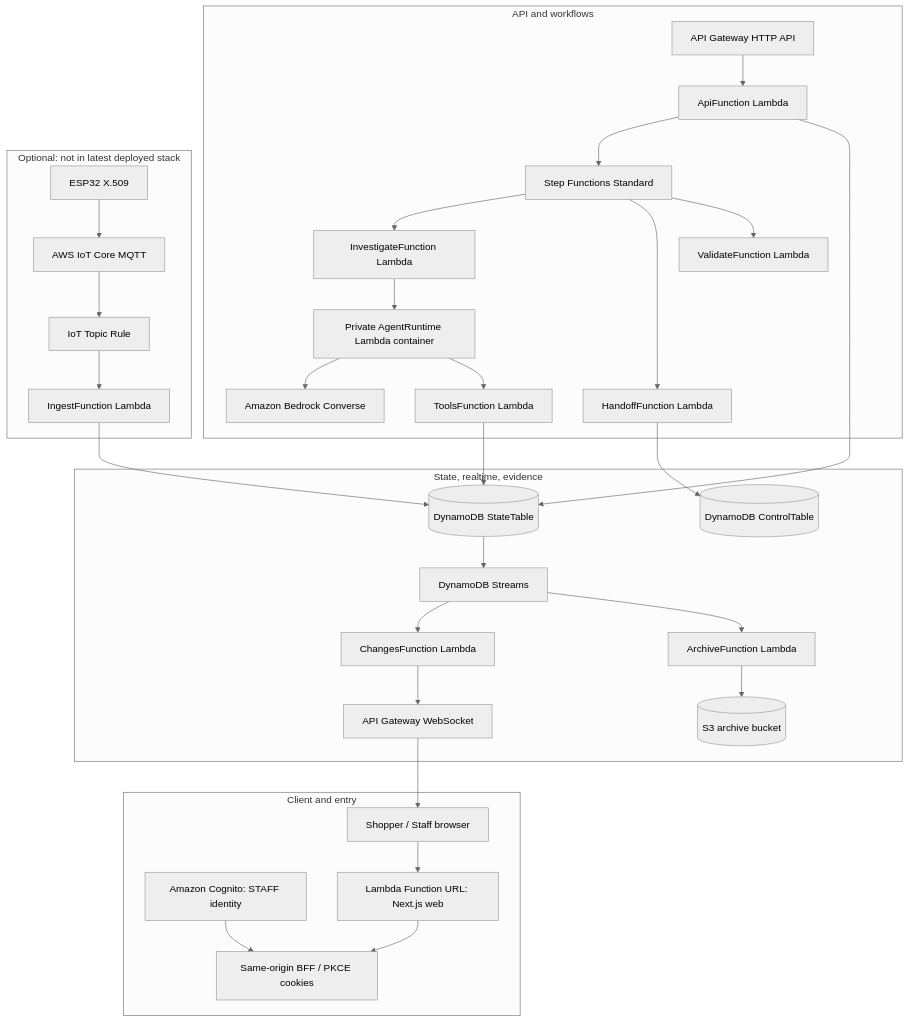
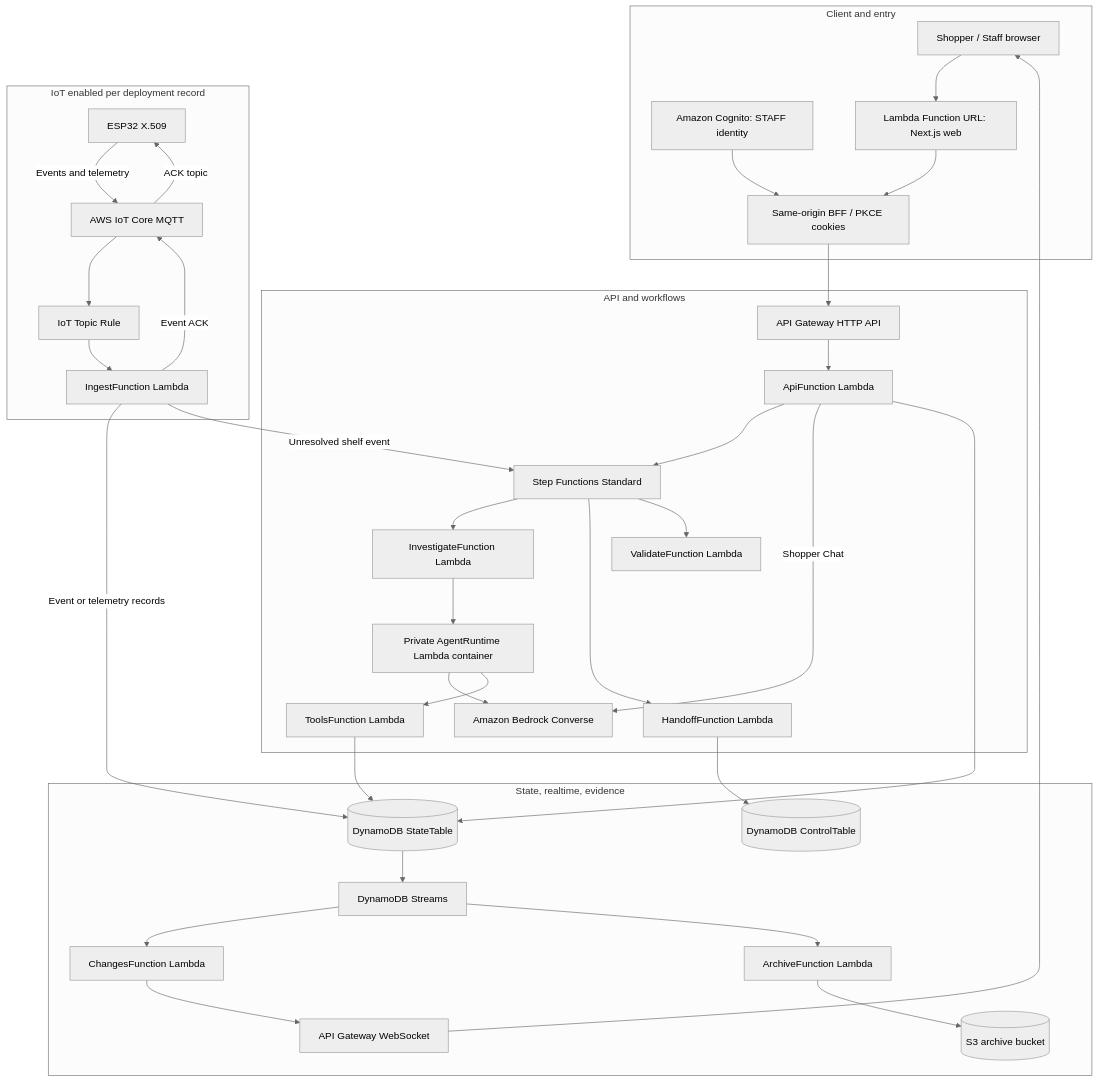
One commit to thhanabun/NTT_Prototype changed the eighth of 10 diagrams in docs/fast-project-workflow.md. Above: the diagram before and after it, drawn with Mermaid (neutral theme). The commit also changed other lines of this file, not shown here.

````diff
--- a/docs/fast-project-workflow.md
+++ b/docs/fast-project-workflow.md
@@ -289,50 +325,57 @@
 ```mermaid
 flowchart TB
   subgraph Client[Client and entry]
     Browser[Shopper / Staff browser]
     Cognito[Amazon Cognito: STAFF identity]
     Web[Lambda Function URL: Next.js web]
     BFF[Same-origin BFF / PKCE cookies]
     Browser --> Web --> BFF
     Cognito --> BFF
   end
   subgraph API[API and workflows]
     Http[API Gateway HTTP API]
     ApiLambda[ApiFunction Lambda]
     Step[Step Functions Standard]
     Investigate[InvestigateFunction Lambda]
     Agent[Private AgentRuntime Lambda container]
     Bedrock[Amazon Bedrock Converse]
     Tools[ToolsFunction Lambda]
     Validate[ValidateFunction Lambda]
     Handoff[HandoffFunction Lambda]
     Http --> ApiLambda
     ApiLambda --> Step
+    ApiLambda -->|Shopper Chat| Bedrock
     Step --> Investigate --> Agent
     Agent --> Bedrock
     Agent --> Tools
     Step --> Handoff
     Step --> Validate
   end
   subgraph State[State, realtime, evidence]
     DDB[(DynamoDB StateTable)]
     Control[(DynamoDB ControlTable)]
     Stream[DynamoDB Streams]
     WebSocket[API Gateway WebSocket]
     Changes[ChangesFunction Lambda]
     Archive[ArchiveFunction Lambda]
     S3[(S3 archive bucket)]
     DDB --> Stream --> Changes --> WebSocket --> Browser
     Stream --> Archive --> S3
     ApiLambda --> DDB
     Tools --> DDB
     Handoff --> Control
   end
-  subgraph OptionalIoT[Optional: not in latest deployed stack]
+  subgraph IoTPath[IoT enabled per deployment record]
     ESP[ESP32 X.509]
     IoT[AWS IoT Core MQTT]
     Rule[IoT Topic Rule]
     Ingest[IngestFunction Lambda]
-    ESP --> IoT --> Rule --> Ingest --> DDB
+    ESP -->|Events and telemetry| IoT
+    IoT --> Rule --> Ingest
   end
+  BFF --> Http
+  Ingest -->|Event or telemetry records| DDB
+  Ingest -->|Unresolved shelf event| Step
+  Ingest -->|Event ACK| IoT
+  IoT -->|ACK topic| ESP
 ```
````
